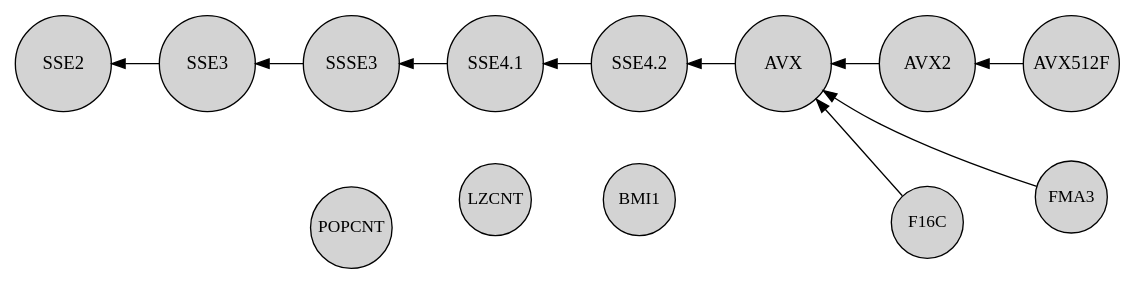
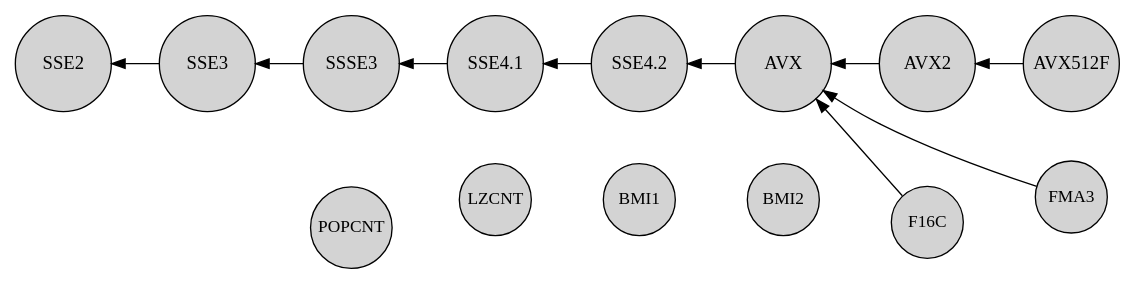
The diagram in doc/cpu.dot (mosra/corrade), drawn with Graphviz before and after one commit. The commit also changed 8 other files, not shown here.

```diff
--- a/doc/cpu.dot
+++ b/doc/cpu.dot
@@ -1,58 +1,60 @@
 /*
     This file is part of Magnum.
 
     Copyright © 2010, 2011, 2012, 2013, 2014, 2015, 2016, 2017, 2018, 2019,
                 2020, 2021, 2022 Vladimír Vondruš <mosra@centrum.cz>
 
     Permission is hereby granted, free of charge, to any person obtaining a
     copy of this software and associated documentation files (the "Software"),
     to deal in the Software without restriction, including without limitation
     the rights to use, copy, modify, merge, publish, distribute, sublicense,
     and/or sell copies of the Software, and to permit persons to whom the
     Software is furnished to do so, subject to the following conditions:
 
     The above copyright notice and this permission notice shall be included
     in all copies or substantial portions of the Software.
 
     THE SOFTWARE IS PROVIDED "AS IS", WITHOUT WARRANTY OF ANY KIND, EXPRESS OR
     IMPLIED, INCLUDING BUT NOT LIMITED TO THE WARRANTIES OF MERCHANTABILITY,
     FITNESS FOR A PARTICULAR PURPOSE AND NONINFRINGEMENT. IN NO EVENT SHALL
     THE AUTHORS OR COPYRIGHT HOLDERS BE LIABLE FOR ANY CLAIM, DAMAGES OR OTHER
     LIABILITY, WHETHER IN AN ACTION OF CONTRACT, TORT OR OTHERWISE, ARISING
     FROM, OUT OF OR IN CONNECTION WITH THE SOFTWARE OR THE USE OR OTHER
     DEALINGS IN THE SOFTWARE.
 */
 
 digraph "x86 instruction family tree" {
     rankdir=RL
     ranksep=0.5
 
     node [shape=circle style=filled margin="0.01,0.01" width=1]
 
     SSE2 [class="m-success"]
     SSE3 [class="m-success"]
     SSSE3 [class="m-success"]
     SSE41 [class="m-success" label="SSE4.1"]
     SSE42 [class="m-success" label="SSE4.2"]
     AVX [class="m-success"]
     AVX2 [class="m-success"]
     AVX512F [class="m-success"]
 
     FMA3 [width=0.75 fontsize=13 class="m-primary"]
     F16C [width=0.75 fontsize=13 class="m-primary"]
     POPCNT [width=0.75 fontsize=13 margin="0,0" class="m-primary"]
     LZCNT [width=0.75 fontsize=13 class="m-primary"]
     BMI1 [width=0.75 fontsize=13 class="m-primary"]
+    BMI2 [width=0.75 fontsize=13 class="m-primary"]
 
     POPCNT -> SSE3 [style=invis]
     LZCNT -> SSE3 [style=invis]
     LZCNT -> POPCNT [style=invis]
     BMI1 -> LZCNT [style=invis]
+    BMI2 -> BMI1 [style=invis]
 
     FMA3 -> AVX [class="m-primary"]
     F16C -> AVX [class="m-primary"]
 
     FMA3 -> F16C [style=invis]
 
     AVX512F -> AVX2 -> AVX -> SSE42 -> SSE41 -> SSSE3 -> SSE3 -> SSE2 [class="m-success" weight=100]
 }
```
